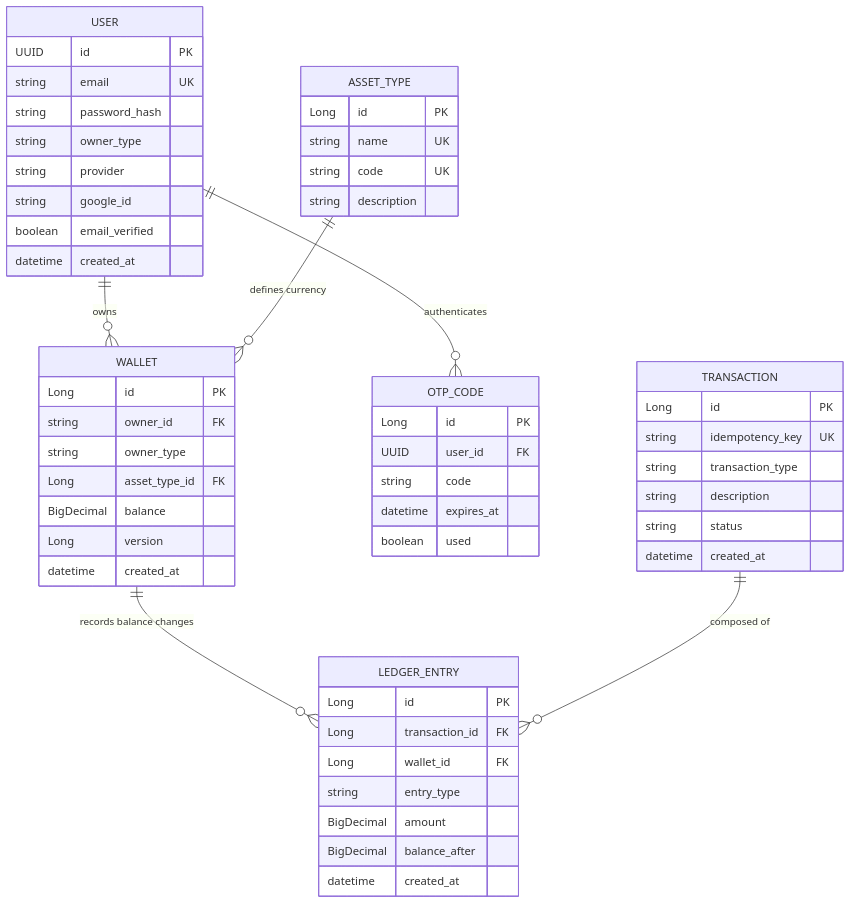
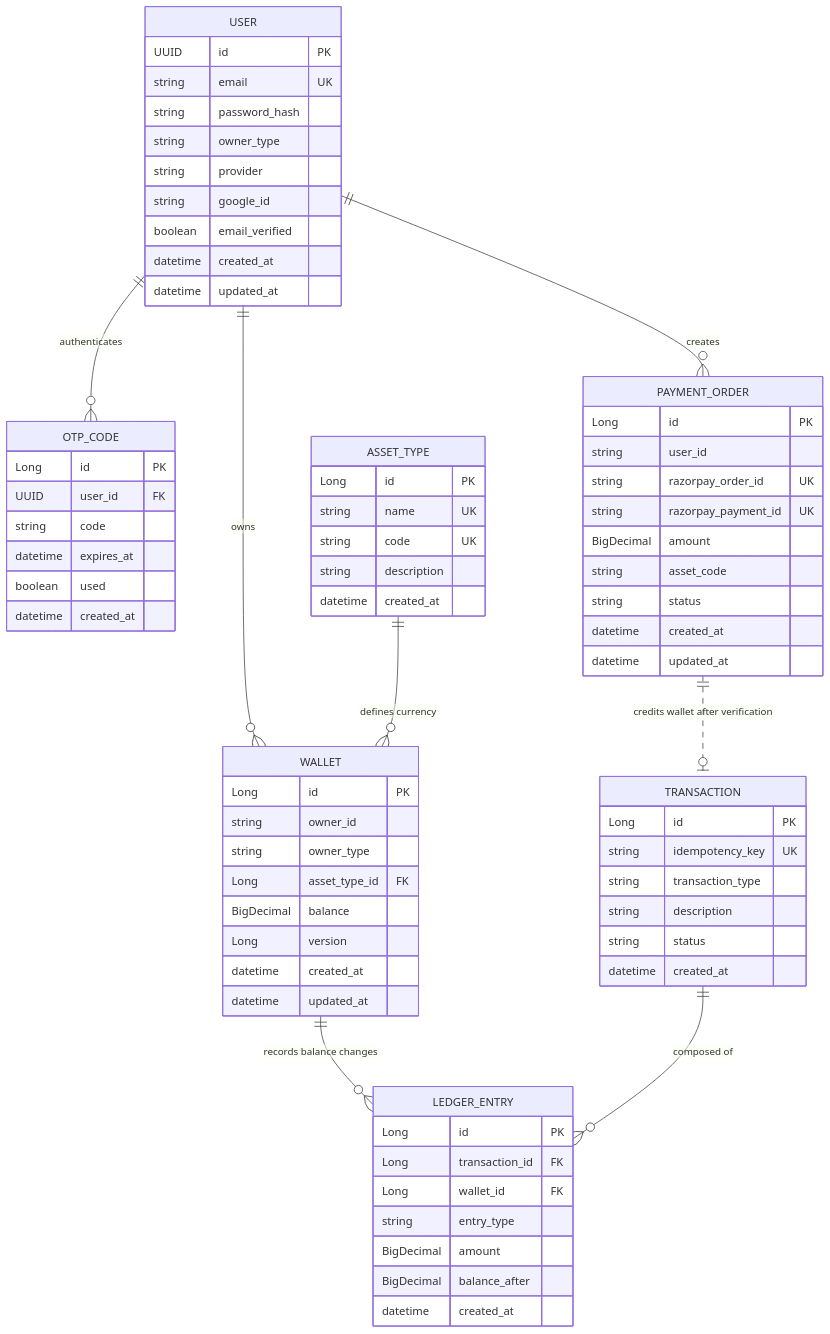
Before and after one commit to abhi01-01/Wallet-Service: the first of 2 diagrams in README.md, drawn with Mermaid. The commit also changed other lines of this file and 46 other files, not shown here.

````diff
--- a/README.md
+++ b/README.md
@@ -11,63 +38,81 @@
 ```mermaid
 erDiagram
     USER ||--o{ WALLET : "owns"
     USER ||--o{ OTP_CODE : "authenticates"
+    USER ||--o{ PAYMENT_ORDER : "creates"
     ASSET_TYPE ||--o{ WALLET : "defines currency"
     WALLET ||--o{ LEDGER_ENTRY : "records balance changes"
     TRANSACTION ||--o{ LEDGER_ENTRY : "composed of"
+    PAYMENT_ORDER ||..o| TRANSACTION : "credits wallet after verification"
 
     USER {
         UUID id PK
         string email UK
         string password_hash
         string owner_type
         string provider
         string google_id
         boolean email_verified
         datetime created_at
+        datetime updated_at
     }
 
     WALLET {
         Long id PK
-        string owner_id FK
+        string owner_id
         string owner_type
         Long asset_type_id FK
         BigDecimal balance
         Long version
         datetime created_at
+        datetime updated_at
     }
 
     ASSET_TYPE {
         Long id PK
         string name UK
         string code UK
         string description
+        datetime created_at
+    }
+
+    PAYMENT_ORDER {
+        Long id PK
+        string user_id
+        string razorpay_order_id UK
+        string razorpay_payment_id UK
+        BigDecimal amount
+        string asset_code
+        string status
+        datetime created_at
+        datetime updated_at
     }
 
     TRANSACTION {
         Long id PK
         string idempotency_key UK
         string transaction_type
         string description
         string status
         datetime created_at
     }
 
     LEDGER_ENTRY {
         Long id PK
         Long transaction_id FK
         Long wallet_id FK
         string entry_type
         BigDecimal amount
         BigDecimal balance_after
         datetime created_at
     }
 
     OTP_CODE {
         Long id PK
         UUID user_id FK
         string code
         datetime expires_at
         boolean used
+        datetime created_at
     }
 ```
````
